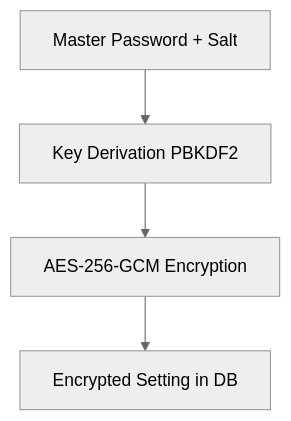
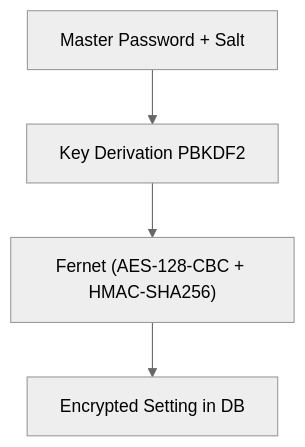
Before and after one commit to mateusz-klatt/snapper: the fifth of 5 diagrams in docs/architecture.md, drawn with Mermaid (neutral theme). The commit also changed other lines of this file and 8 other files, not shown here.

````diff
--- a/docs/architecture.md
+++ b/docs/architecture.md
@@ -288,6 +311,6 @@
 ```mermaid
 flowchart TB
     Input["Master Password + Salt"] --> KDF["Key Derivation PBKDF2"]
-    KDF --> Encryption["AES-256-GCM Encryption"]
+    KDF --> Encryption["Fernet (AES-128-CBC + HMAC-SHA256)"]
     Encryption --> DB["Encrypted Setting in DB"]
 ```
````
